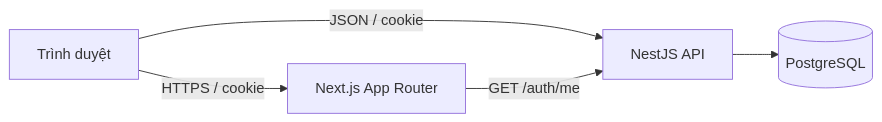
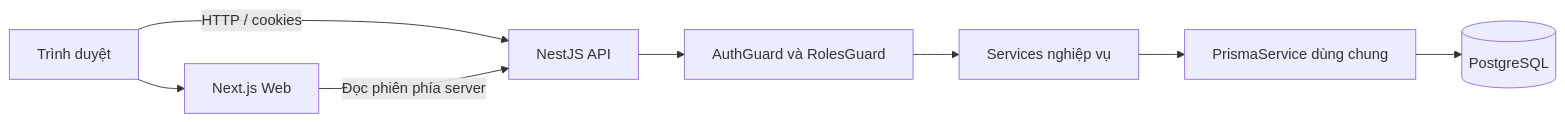
The first of 2 diagrams in docs/ARCHITECTURE.md (MinhQuann205/Online-Examination-System), drawn with Mermaid before and after one commit. The commit also changed other lines of this file and 119 other files, not shown here.

````diff
--- a/docs/ARCHITECTURE.md
+++ b/docs/ARCHITECTURE.md
@@ -5,7 +13,10 @@
 ```mermaid
 flowchart LR
-  Browser[Trình duyệt] -->|HTTPS / cookie| Web[Next.js App Router]
-  Browser -->|JSON / cookie| API[NestJS API]
-  Web -->|GET /auth/me| API
-  API --> DB[(PostgreSQL)]
+  B[Trình duyệt] --> W[Next.js Web]
+  B -->|HTTP / cookies| A[NestJS API]
+  W -->|Đọc phiên phía server| A
+  A --> G[AuthGuard và RolesGuard]
+  G --> S[Services nghiệp vụ]
+  S --> P[PrismaService dùng chung]
+  P --> D[(PostgreSQL)]
 ```
````
